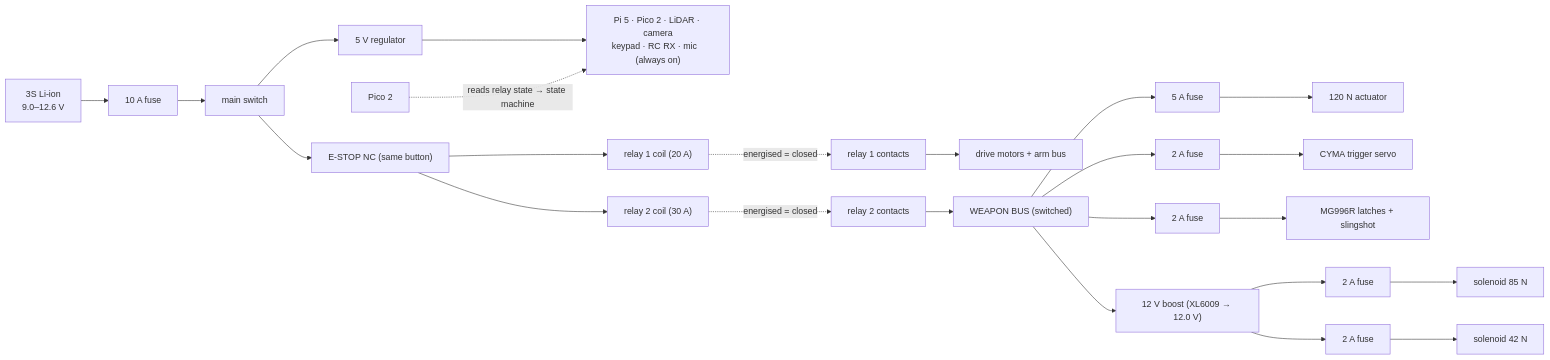
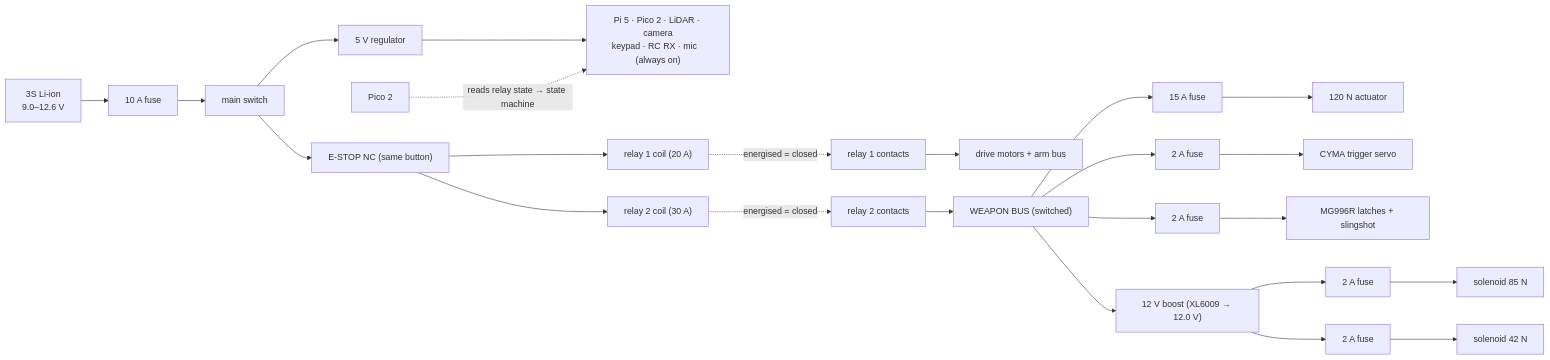
One commit to tal-giladi/robotics-course changed the second of 2 diagrams in 21-war-machine/21.01-war-machine-architecture.md. Above: the diagram before and after it, drawn with Mermaid. The commit also changed other lines of this file and 18 other files, not shown here.

````diff
--- a/21-war-machine/21.01-war-machine-architecture.md
+++ b/21-war-machine/21.01-war-machine-architecture.md
@@ -230,21 +252,21 @@
 ```mermaid
 flowchart LR
   BAT["3S Li-ion<br/>9.0–12.6 V"] --> FUSE["10 A fuse"]
   FUSE --> SW["main switch"]
   SW --> REG["5 V regulator"]
   REG --> COMPUTE["Pi 5 · Pico 2 · LiDAR · camera<br/>keypad · RC RX · mic   (always on)"]
   SW --> E1["E-STOP NC (same button)"]
   E1 --> C1["relay 1 coil (20 A)"]
   E1 --> C2["relay 2 coil (30 A)"]
   C1 -.->|energised = closed| R1["relay 1 contacts"]
   C2 -.->|energised = closed| R2["relay 2 contacts"]
   R1 --> DRIVE["drive motors + arm bus"]
   R2 --> W["WEAPON BUS (switched)"]
-  W --> F5["5 A fuse"] --> CANNON["120 N actuator"]
+  W --> F5["15 A fuse"] --> CANNON["120 N actuator"]
   W --> F2a["2 A fuse"] --> CYMA["CYMA trigger servo"]
   W --> F2b["2 A fuse"] --> LATCH["MG996R latches + slingshot"]
   W --> BOOST["12 V boost (XL6009 → 12.0 V)"]
   BOOST --> F3a["2 A fuse"] --> SOL1["solenoid 85 N"]
   BOOST --> F3b["2 A fuse"] --> SOL2["solenoid 42 N"]
   PICO["Pico 2"] -.->|reads relay state → state machine| COMPUTE
 ```
````
